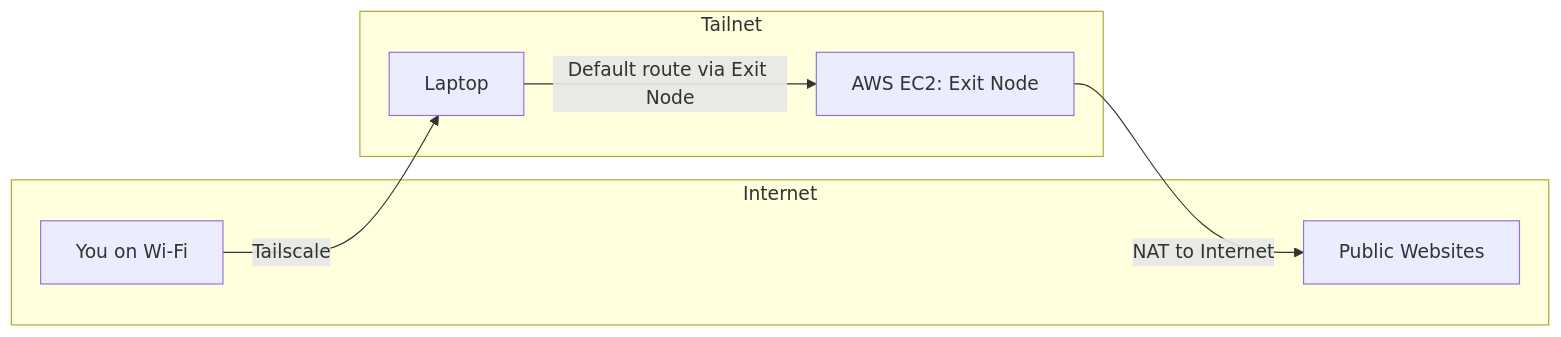
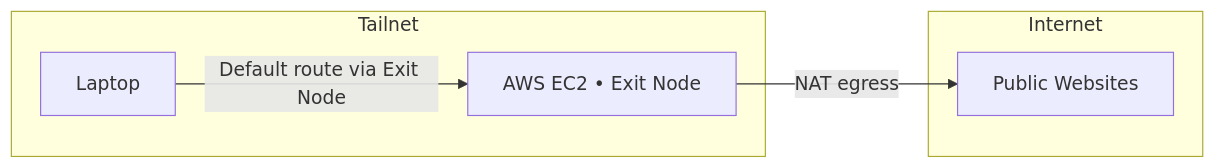
Before and after one commit to jarrad411/aws-tailscale-egress: the second of 3 diagrams in README.md, drawn with Mermaid. The commit also changed other lines of this file, not shown here.

````diff
--- a/README.md
+++ b/README.md
@@ -106,16 +106,14 @@
 ```mermaid
 flowchart LR
-    subgraph Internet
-        PublicWeb[Public Websites]
-        You[You on Wi-Fi]
-    end
+  subgraph Internet
+    PublicWeb[Public Websites]
+  end
 
-    subgraph Tailnet
-        AWS[AWS EC2: Exit Node]
-        Laptop[Laptop]
-    end
+  subgraph Tailnet
+    AWS[AWS EC2 • Exit Node]
+    Laptop[Laptop]
+  end
 
-    You -->|Tailscale| Laptop
-    Laptop -->|Default route via Exit Node| AWS
-    AWS -->|NAT to Internet| PublicWeb
+  Laptop -->|Default route via Exit Node| AWS
+  AWS -->|NAT egress| PublicWeb
 ```
````
